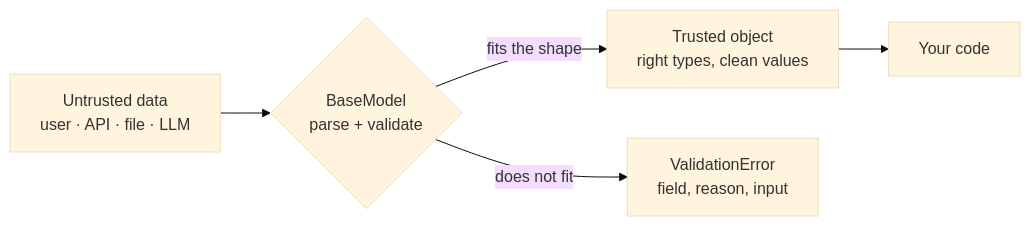
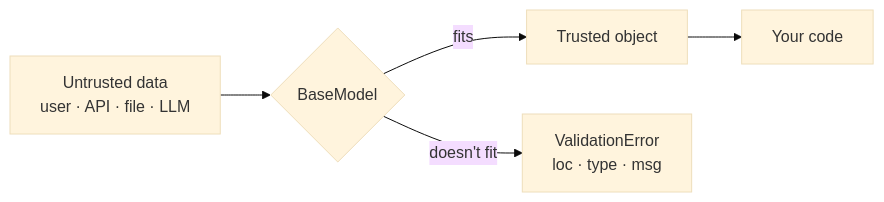
The diagram in books/pydantic/01-why-pydantic-and-basemodel.md (kiaanwankhede/MyNotes), drawn with Mermaid (base theme) before and after one commit. The commit also changed other lines of this file and 1 other file, not shown here.

````diff
--- a/books/pydantic/01-why-pydantic-and-basemodel.md
+++ b/books/pydantic/01-why-pydantic-and-basemodel.md
@@ -30,7 +20,6 @@
 ```mermaid
 flowchart LR
-    U["Untrusted data<br/>user · API · file · LLM"] --> M{"BaseModel<br/>parse + validate"}
-    M -- "fits the shape" --> T["Trusted object<br/>right types, clean values"]
-    M -- "does not fit" --> E["ValidationError<br/>field, reason, input"]
-    T --> C["Your code"]
+    U["Untrusted data<br/>user · API · file · LLM"] --> M{"BaseModel"}
+    M -- fits --> T["Trusted object"] --> C["Your code"]
+    M -- "doesn't fit" --> E["ValidationError<br/>loc · type · msg"]
 ```
````
